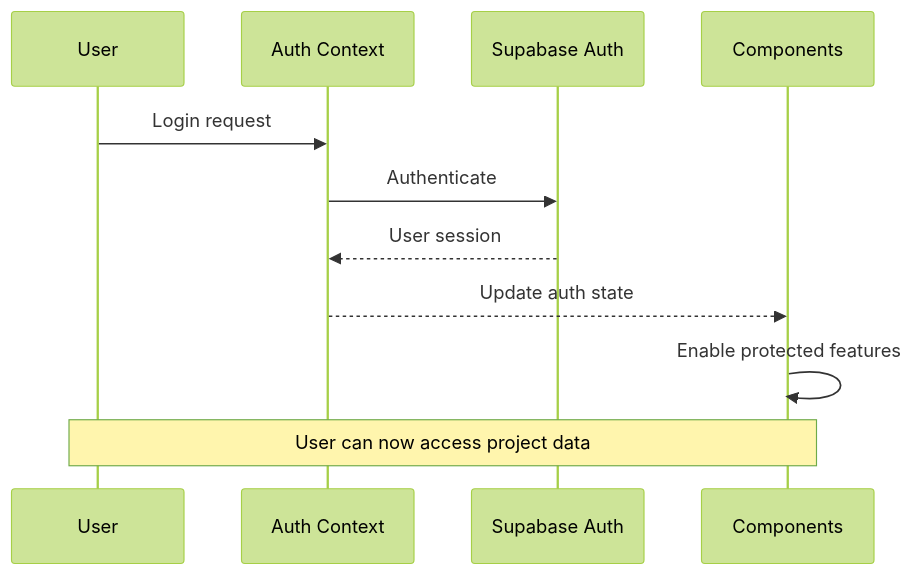
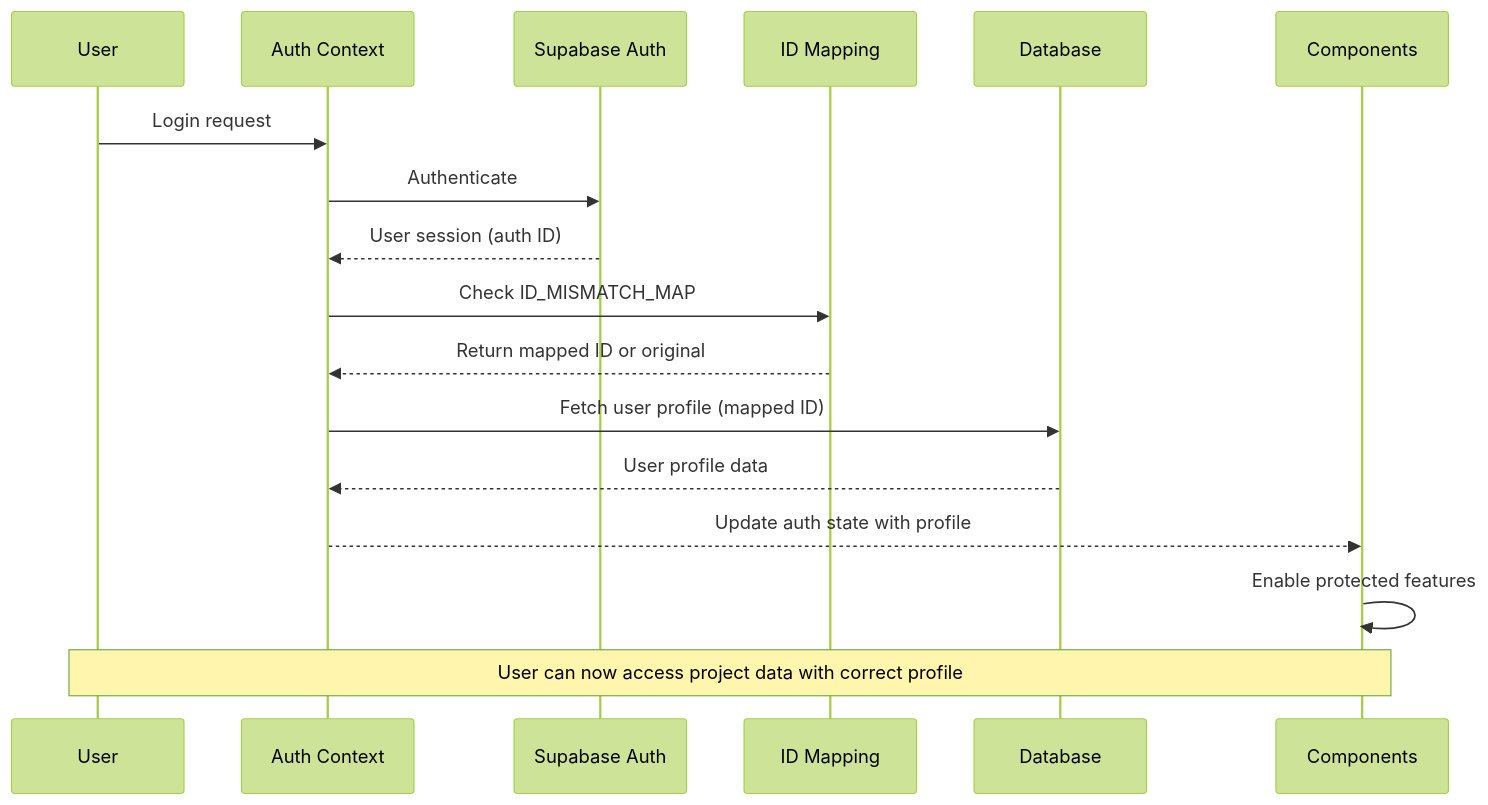
One commit to tongvtdan/apillis-mfg changed the tenth of 10 diagrams in docs/project-management-system/component-architecture.md. Above: the diagram before and after it, drawn with Mermaid (forest theme). The commit also changed other lines of this file and 16 other files, not shown here.

````diff
--- a/docs/project-management-system/component-architecture.md
+++ b/docs/project-management-system/component-architecture.md
@@ -390,15 +390,21 @@
 ```mermaid
 sequenceDiagram
     participant U as User
     participant A as Auth Context
     participant S as Supabase Auth
+    participant M as ID Mapping
+    participant DB as Database
     participant C as Components
     
     U->>A: Login request
     A->>S: Authenticate
-    S-->>A: User session
-    A-->>C: Update auth state
+    S-->>A: User session (auth ID)
+    A->>M: Check ID_MISMATCH_MAP
+    M-->>A: Return mapped ID or original
+    A->>DB: Fetch user profile (mapped ID)
+    DB-->>A: User profile data
+    A-->>C: Update auth state with profile
     C->>C: Enable protected features
     
-    Note over U,C: User can now access project data
+    Note over U,C: User can now access project data with correct profile
 ```
````
